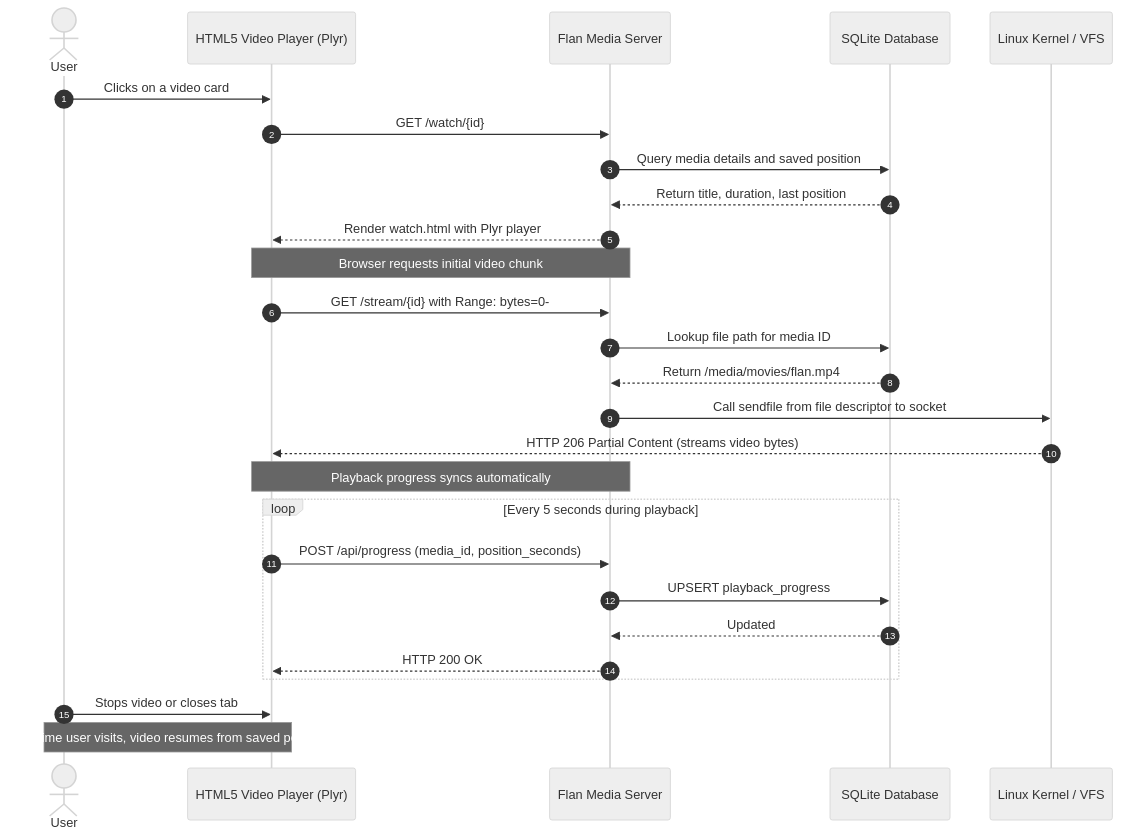
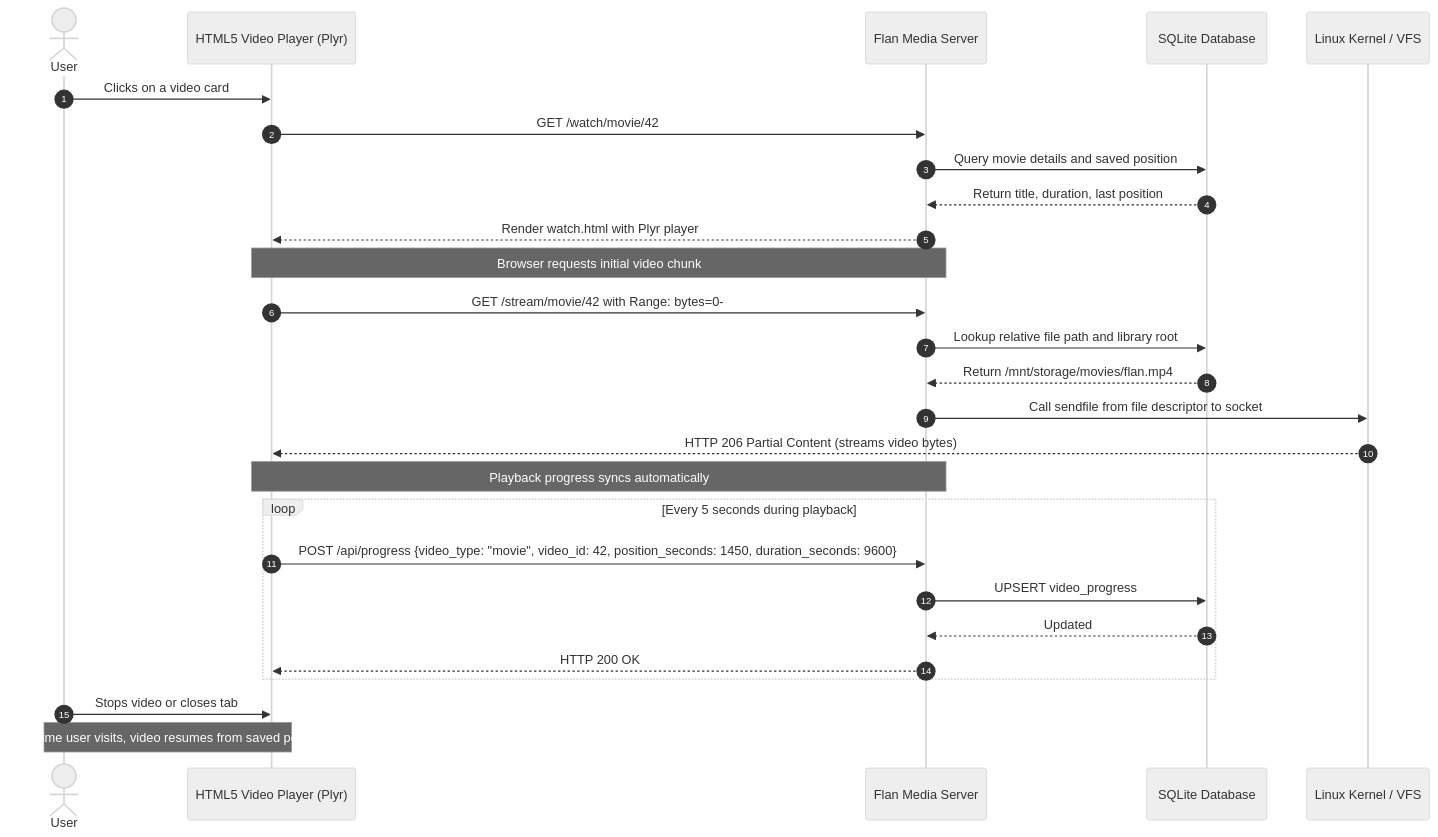
One commit to WesleyEsq/Flan-Media-Server changed the third of 5 diagrams in docs/diagrams/user-flows.md. Above: the diagram before and after it, drawn with Mermaid (neutral theme). The commit also changed other lines of this file and 15 other files, not shown here.

````diff
--- a/docs/diagrams/user-flows.md
+++ b/docs/diagrams/user-flows.md
@@ -78,33 +78,33 @@
 ```mermaid
 sequenceDiagram
     autonumber
     actor User
     participant Browser as HTML5 Video Player (Plyr)
     participant Server as Flan Media Server
     participant DB as SQLite Database
     participant Kernel as Linux Kernel / VFS
 
     User->>Browser: Clicks on a video card
-    Browser->>Server: GET /watch/{id}
-    Server->>DB: Query media details and saved position
+    Browser->>Server: GET /watch/movie/42
+    Server->>DB: Query movie details and saved position
     DB-->>Server: Return title, duration, last position
     Server-->>Browser: Render watch.html with Plyr player
 
     Note over Browser,Server: Browser requests initial video chunk
-    Browser->>Server: GET /stream/{id} with Range: bytes=0-
-    Server->>DB: Lookup file path for media ID
-    DB-->>Server: Return /media/movies/flan.mp4
+    Browser->>Server: GET /stream/movie/42 with Range: bytes=0-
+    Server->>DB: Lookup relative file path and library root
+    DB-->>Server: Return /mnt/storage/movies/flan.mp4
     Server->>Kernel: Call sendfile from file descriptor to socket
     Kernel-->>Browser: HTTP 206 Partial Content (streams video bytes)
 
     Note over Browser,Server: Playback progress syncs automatically
     loop Every 5 seconds during playback
-        Browser->>Server: POST /api/progress (media_id, position_seconds)
-        Server->>DB: UPSERT playback_progress
+        Browser->>Server: POST /api/progress {video_type: "movie", video_id: 42, position_seconds: 1450, duration_seconds: 9600}
+        Server->>DB: UPSERT video_progress
         DB-->>Server: Updated
         Server-->>Browser: HTTP 200 OK
     end
 
     User->>Browser: Stops video or closes tab
     Note over User,Browser: Next time user visits, video resumes from saved position
 ```
````
